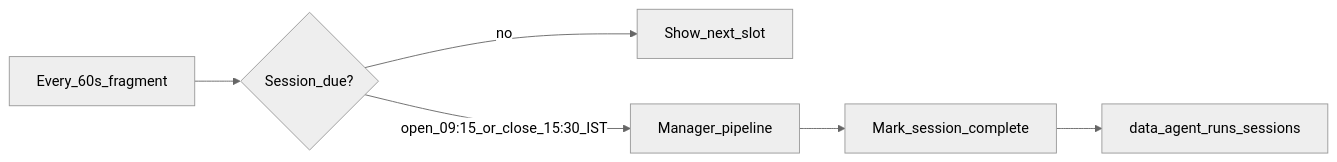
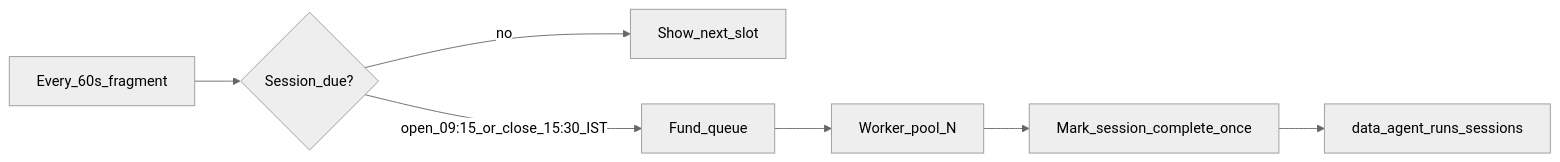
One commit to psunil0001-sys/revops changed the fourth of 7 diagrams in README.md. Above: the diagram before and after it, drawn with Mermaid (neutral theme). The commit also changed other lines of this file and 27 other files, not shown here.

````diff
--- a/README.md
+++ b/README.md
@@ -94,8 +179,9 @@
 ```mermaid
 flowchart LR
   clock[Every_60s_fragment] --> due{Session_due?}
   due -->|no| wait[Show_next_slot]
-  due -->|open_09:15_or_close_15:30_IST| run[Manager_pipeline]
-  run --> mark[Mark_session_complete]
+  due -->|open_09:15_or_close_15:30_IST| queue[Fund_queue]
+  queue --> pool["Worker_pool_N"]
+  pool --> mark[Mark_session_complete_once]
   mark --> store[data_agent_runs_sessions]
 ```
````
